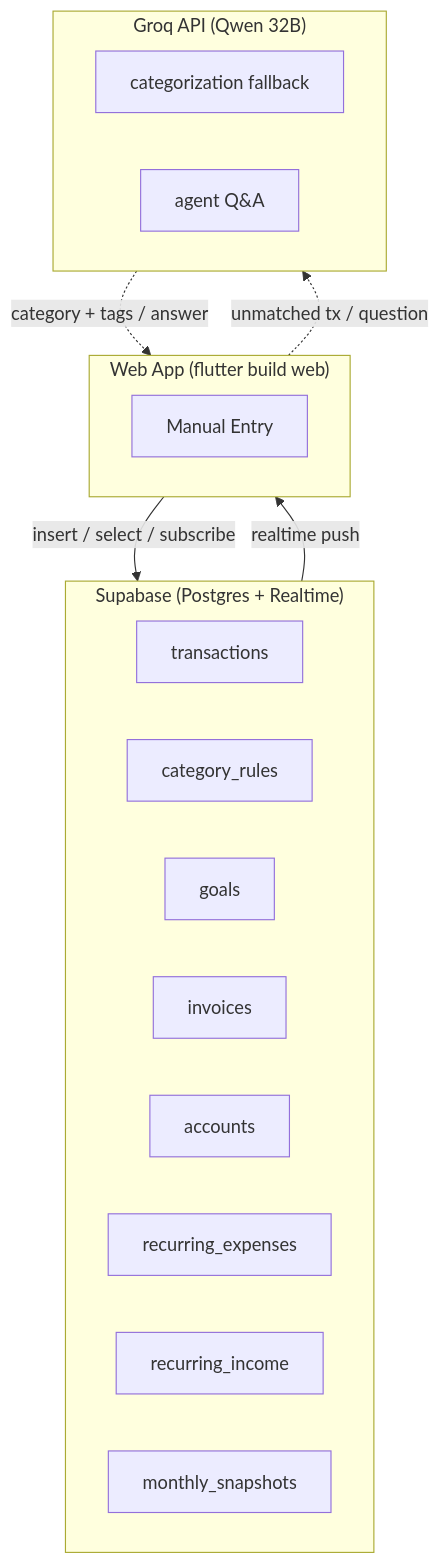
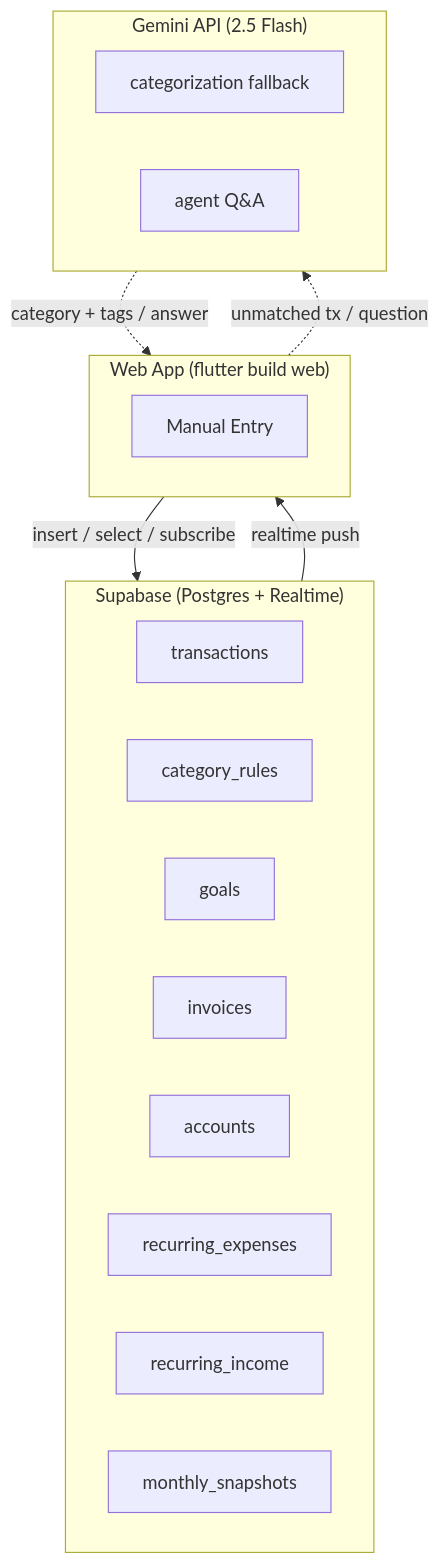
Before and after one commit to maybemnv/Financial-Tracker: the first of 7 diagrams in docs/ARCHITECTURE.md, drawn with Mermaid. The commit also changed other lines of this file and 7 other files, not shown here.

Commit message:
Fix: switch agent to Gemini 2.5 Flash

````diff
--- a/docs/ARCHITECTURE.md
+++ b/docs/ARCHITECTURE.md
@@ -9,28 +9,28 @@
 ```mermaid
 graph TB
     subgraph WebApp["Web App (flutter build web)"]
         ME["Manual Entry"]
     end
 
     subgraph Supabase["Supabase (Postgres + Realtime)"]
         TX[transactions]
         CR[category_rules]
         GL[goals]
         IV[invoices]
         AC[accounts]
         RE[recurring_expenses]
         RI[recurring_income]
         MS[monthly_snapshots]
     end
 
-    subgraph Groq["Groq API (Qwen 32B)"]
+    subgraph Gemini["Gemini API (2.5 Flash)"]
         CAT[categorization fallback]
         AGT[agent Q&A]
     end
 
     WebApp -->|insert / select / subscribe| Supabase
     Supabase -->|realtime push| WebApp
 
-    WebApp -.->|unmatched tx / question| Groq
-    Groq -.->|category + tags / answer| WebApp
+    WebApp -.->|unmatched tx / question| Gemini
+    Gemini -.->|category + tags / answer| WebApp
 ```
````
